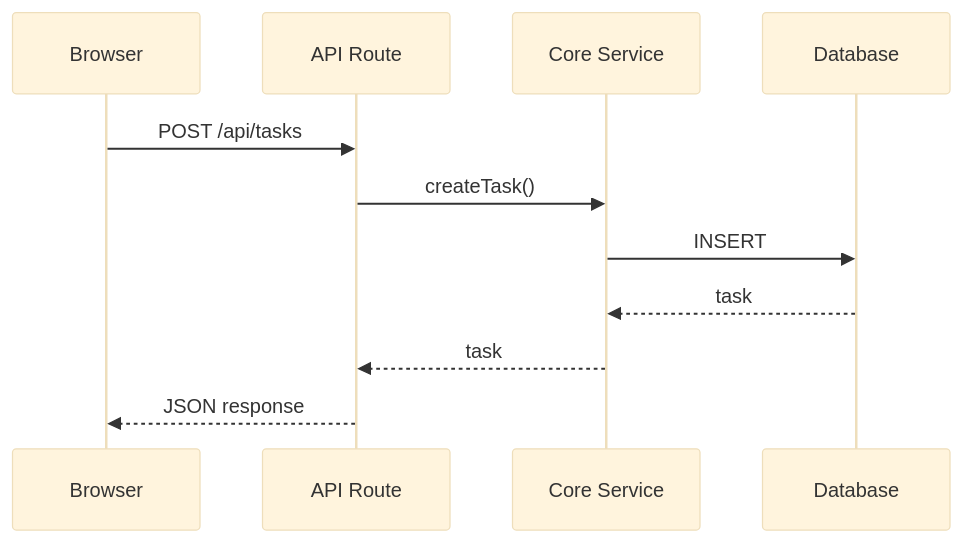
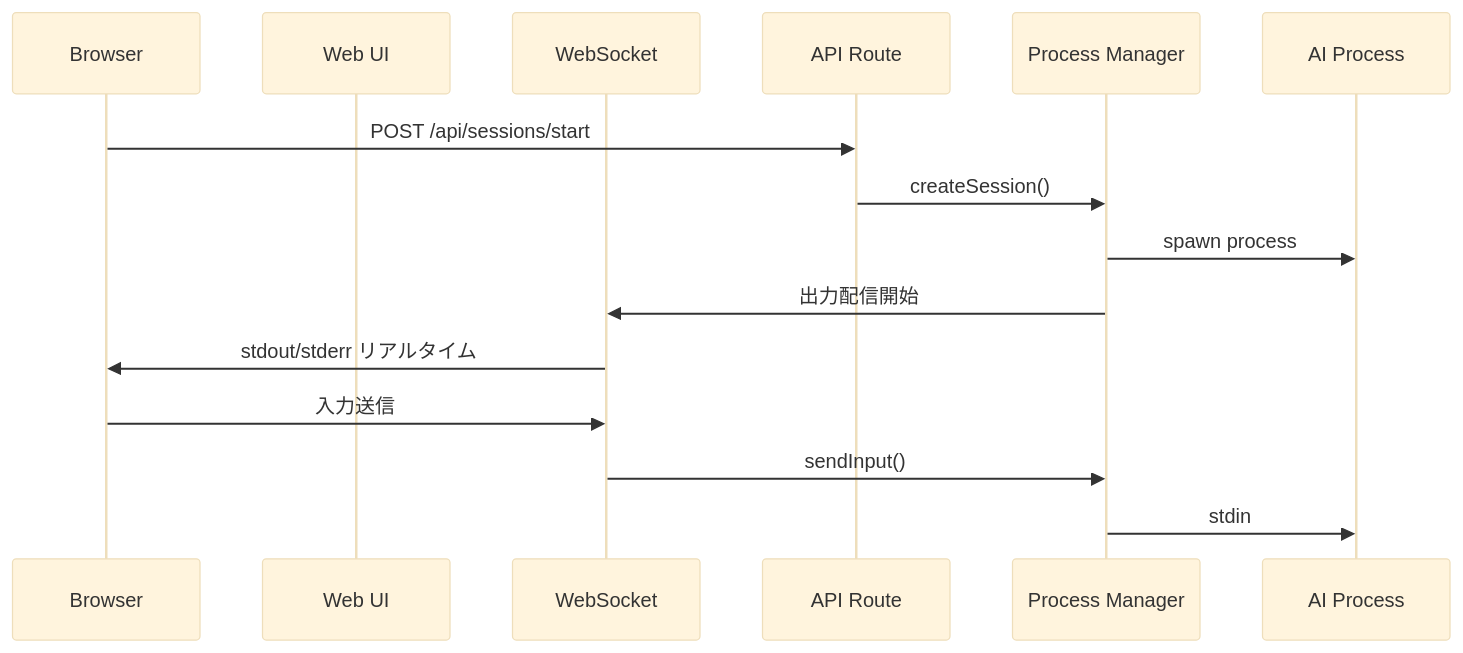
The fourth of 4 diagrams in docs/02-architecture/architecture.md (krtw00/agentmine), drawn with Mermaid (base theme) before and after one commit. The commit also changed other lines of this file and 7 other files, not shown here.

````diff
--- a/docs/02-architecture/architecture.md
+++ b/docs/02-architecture/architecture.md
@@ -191,14 +224,18 @@
 ```mermaid
 sequenceDiagram
     participant Browser
+    participant WebUI as Web UI
+    participant WS as WebSocket
     participant API as API Route
-    participant Service as Core Service
-    participant DB as Database
+    participant PM as Process Manager
+    participant AI as AI Process
 
-    Browser->>API: POST /api/tasks
-    API->>Service: createTask()
-    Service->>DB: INSERT
-    DB-->>Service: task
-    Service-->>API: task
-    API-->>Browser: JSON response
+    Browser->>API: POST /api/sessions/start
+    API->>PM: createSession()
+    PM->>AI: spawn process
+    PM->>WS: 出力配信開始
+    WS->>Browser: stdout/stderr リアルタイム
+    Browser->>WS: 入力送信
+    WS->>PM: sendInput()
+    PM->>AI: stdin
 ```
````
